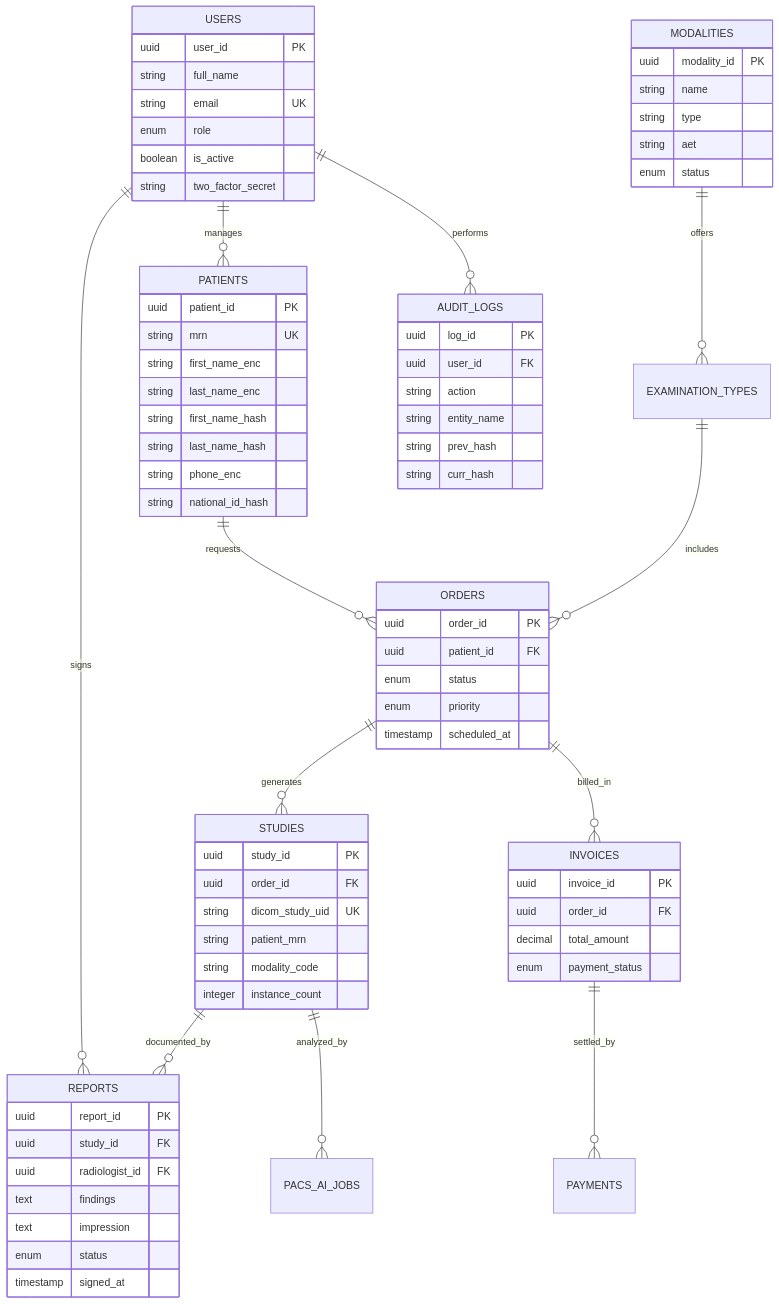
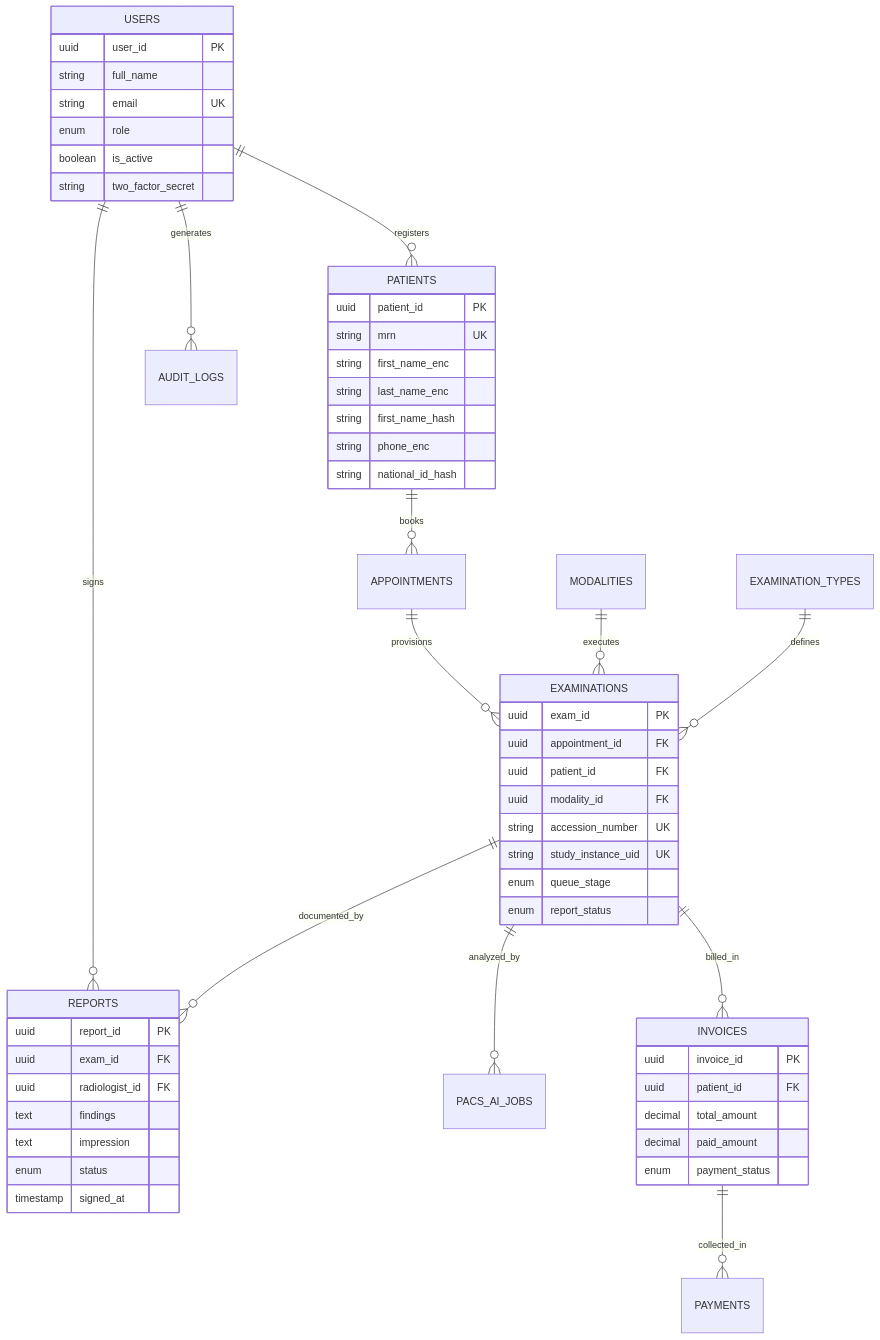
Before and after one commit to abdo-elshaikh/VIARA-RCMS: the third of 3 diagrams in README.md, drawn with Mermaid. The commit also changed other lines of this file and 1219 other files, not shown here.

````diff
--- a/README.md
+++ b/README.md
@@ -97,16 +248,16 @@
 ```mermaid
 erDiagram
-    USERS ||--o{ PATIENTS : manages
+    USERS ||--o{ PATIENTS : registers
     USERS ||--o{ REPORTS : signs
-    PATIENTS ||--o{ ORDERS : requests
-    MODALITIES ||--o{ EXAMINATION_TYPES : offers
-    EXAMINATION_TYPES ||--o{ ORDERS : includes
-    ORDERS ||--o{ STUDIES : generates
-    STUDIES ||--o{ REPORTS : documented_by
-    STUDIES ||--o{ PACS_AI_JOBS : analyzed_by
-    ORDERS ||--o{ INVOICES : billed_in
-    INVOICES ||--o{ PAYMENTS : settled_by
-    USERS ||--o{ AUDIT_LOGS : performs
+    PATIENTS ||--o{ APPOINTMENTS : books
+    APPOINTMENTS ||--o{ EXAMINATIONS : provisions
+    MODALITIES ||--o{ EXAMINATIONS : executes
+    EXAMINATION_TYPES ||--o{ EXAMINATIONS : defines
+    EXAMINATIONS ||--o{ REPORTS : documented_by
+    EXAMINATIONS ||--o{ PACS_AI_JOBS : analyzed_by
+    EXAMINATIONS ||--o{ INVOICES : billed_in
+    INVOICES ||--o{ PAYMENTS : collected_in
+    USERS ||--o{ AUDIT_LOGS : generates
 
     USERS {
         uuid user_id PK
@@ -123,39 +274,24 @@
         string first_name_enc
         string last_name_enc
         string first_name_hash
-        string last_name_hash
         string phone_enc
         string national_id_hash
     }
 
-    MODALITIES {
-        uuid modality_id PK
-        string name
-        string type
-        string aet
-        enum status
-    }
-
-    ORDERS {
-        uuid order_id PK
+    EXAMINATIONS {
+        uuid exam_id PK
+        uuid appointment_id FK
         uuid patient_id FK
-        enum status
-        enum priority
-        timestamp scheduled_at
-    }
-
-    STUDIES {
-        uuid study_id PK
-        uuid order_id FK
-        string dicom_study_uid UK
-        string patient_mrn
-        string modality_code
-        integer instance_count
+        uuid modality_id FK
+        string accession_number UK
+        string study_instance_uid UK
+        enum queue_stage
+        enum report_status
     }
 
     REPORTS {
         uuid report_id PK
-        uuid study_id FK
+        uuid exam_id FK
         uuid radiologist_id FK
         text findings
         text impression
@@ -165,17 +301,9 @@
 
     INVOICES {
         uuid invoice_id PK
-        uuid order_id FK
+        uuid patient_id FK
         decimal total_amount
+        decimal paid_amount
         enum payment_status
     }
-
-    AUDIT_LOGS {
-        uuid log_id PK
-        uuid user_id FK
-        string action
-        string entity_name
-        string prev_hash
-        string curr_hash
-    }
 ```
````
